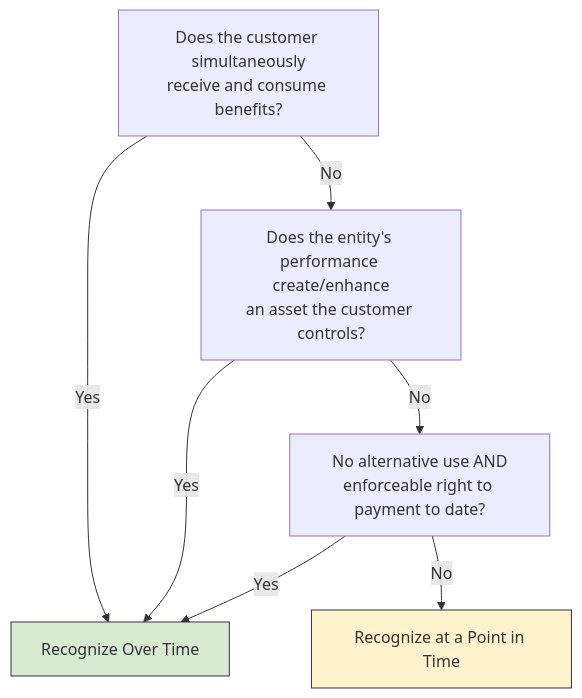
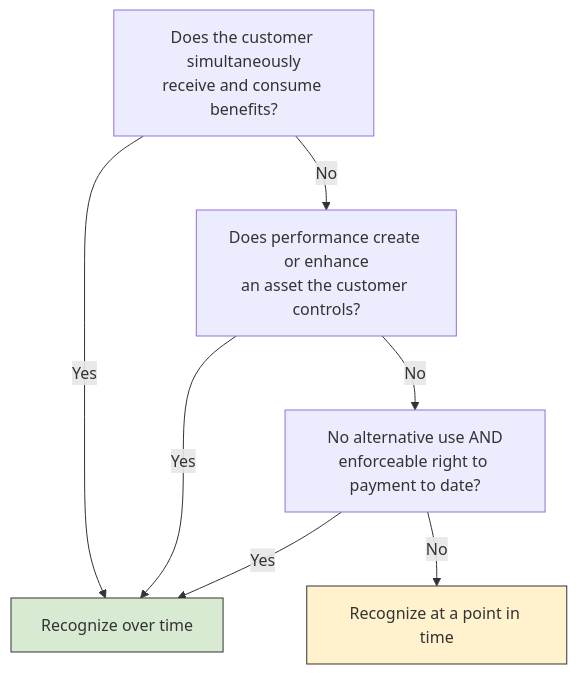
Before and after one commit to subwaymatch/cpabear-book: the second of 3 diagrams in docs/bar/technical-accounting-assets-and-revenue/revenue-recognition.md, drawn with Mermaid. The commit also changed other lines of this file and 204 other files, not shown here.

First line of the commit message:
Update the book for the 2027 CPA Exam Blueprints, fix dark-mode diagrams, add diagram zoom (#49)

````diff
--- a/docs/bar/technical-accounting-assets-and-revenue/revenue-recognition.md
+++ b/docs/bar/technical-accounting-assets-and-revenue/revenue-recognition.md
@@ -149,11 +98,11 @@
 ```mermaid
 graph TD
-    A["Does the customer simultaneously<br/>receive and consume benefits?"] -->|Yes| OT["Recognize Over Time"]
-    A -->|No| B["Does the entity's performance create/enhance<br/>an asset the customer controls?"]
+    A["Does the customer simultaneously<br/>receive and consume benefits?"] -->|Yes| OT["Recognize over time"]
+    A -->|No| B["Does performance create or enhance<br/>an asset the customer controls?"]
     B -->|Yes| OT
     B -->|No| C["No alternative use AND<br/>enforceable right to payment to date?"]
     C -->|Yes| OT
-    C -->|No| PIT["Recognize at a Point in Time"]
+    C -->|No| PIT["Recognize at a point in time"]
     style OT fill:#d9ead3,stroke:#333
     style PIT fill:#fff2cc,stroke:#333
 ```
````
